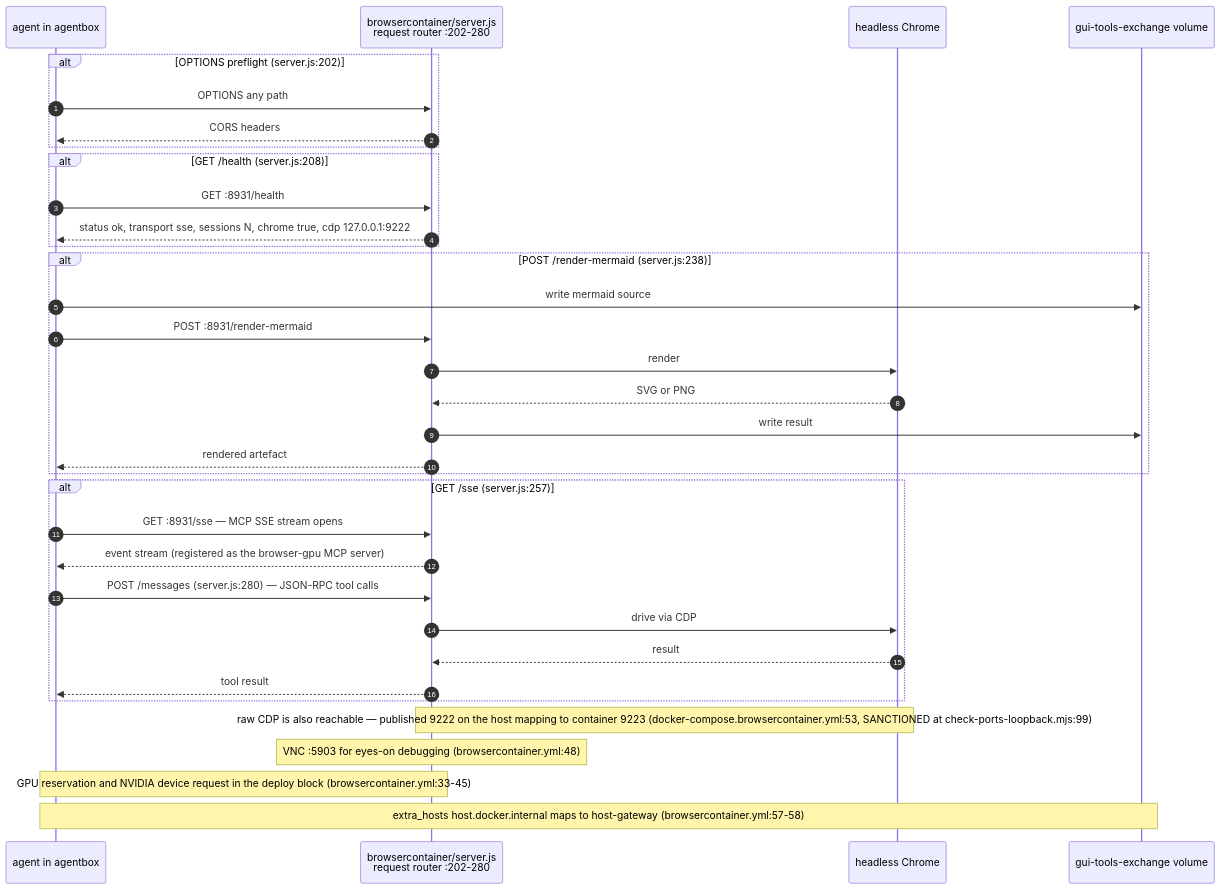
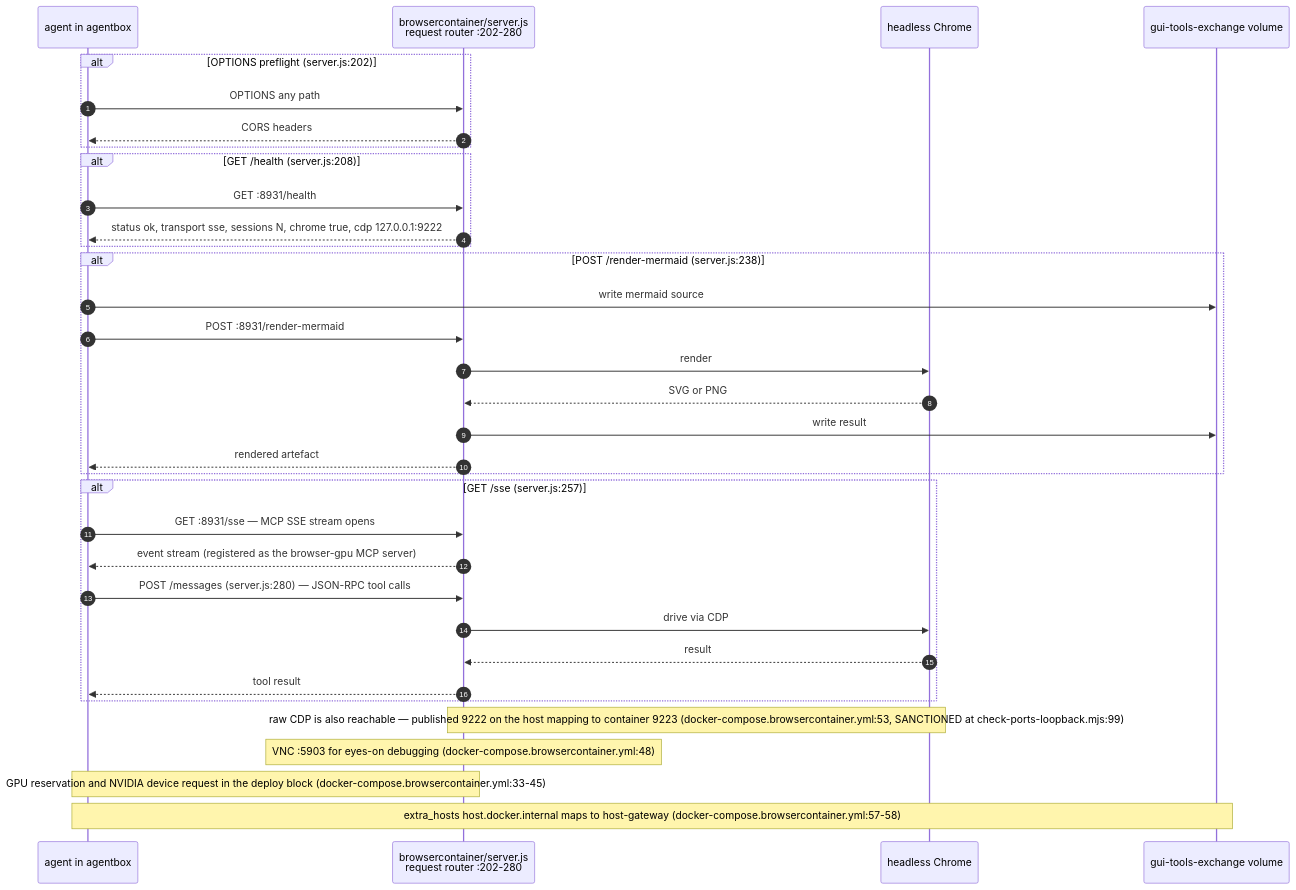
One commit to DreamLab-AI/VisionFlow changed the fourth of 9 diagrams in docs/diagrams/agentbox/06-sidecars-and-compose-overlays.md. Above: the diagram before and after it, drawn with Mermaid. The commit also changed other lines of this file and 185 other files, not shown here.

Commit message:
docs(estate): reconcile diagrams and ADRs with source and define closeout sprint

````diff
--- a/docs/diagrams/agentbox/06-sidecars-and-compose-overlays.md
+++ b/docs/diagrams/agentbox/06-sidecars-and-compose-overlays.md
@@ -117,37 +122,37 @@
 ```mermaid
 sequenceDiagram
     autonumber
     participant A as agent in agentbox
     participant S as browsercontainer/server.js<br/>request router :202-280
     participant CH as headless Chrome
     participant V as gui-tools-exchange volume
 
     alt OPTIONS preflight (server.js:202)
         A->>S: OPTIONS any path
         S-->>A: CORS headers
     end
     alt GET /health (server.js:208)
         A->>S: GET :8931/health
         S-->>A: status ok, transport sse, sessions N, chrome true, cdp 127.0.0.1:9222
     end
     alt POST /render-mermaid (server.js:238)
         A->>V: write mermaid source
         A->>S: POST :8931/render-mermaid
         S->>CH: render
         CH-->>S: SVG or PNG
         S->>V: write result
         S-->>A: rendered artefact
     end
     alt GET /sse (server.js:257)
         A->>S: GET :8931/sse — MCP SSE stream opens
         S-->>A: event stream (registered as the browser-gpu MCP server)
         A->>S: POST /messages (server.js:280) — JSON-RPC tool calls
         S->>CH: drive via CDP
         CH-->>S: result
         S-->>A: tool result
     end
     Note over S,CH: raw CDP is also reachable — published 9222 on the host mapping to container 9223 (docker-compose.browsercontainer.yml:53, SANCTIONED at check-ports-loopback.mjs:99)
-    Note over S: VNC :5903 for eyes-on debugging (browsercontainer.yml:48)
-    Note over A,S: GPU reservation and NVIDIA device request in the deploy block (browsercontainer.yml:33-45)
-    Note over A,V: extra_hosts host.docker.internal maps to host-gateway (browsercontainer.yml:57-58)
+    Note over S: VNC :5903 for eyes-on debugging (docker-compose.browsercontainer.yml:48)
+    Note over A,S: GPU reservation and NVIDIA device request in the deploy block (docker-compose.browsercontainer.yml:33-45)
+    Note over A,V: extra_hosts host.docker.internal maps to host-gateway (docker-compose.browsercontainer.yml:57-58)
 ```
````
